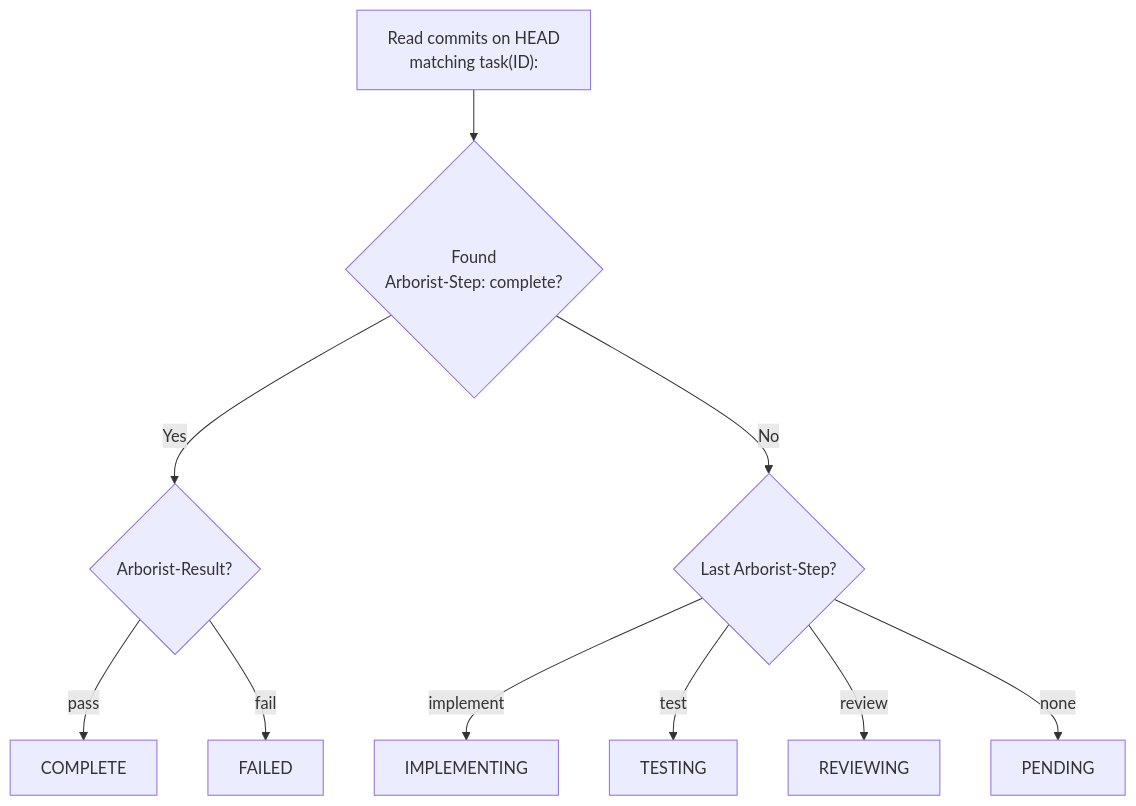
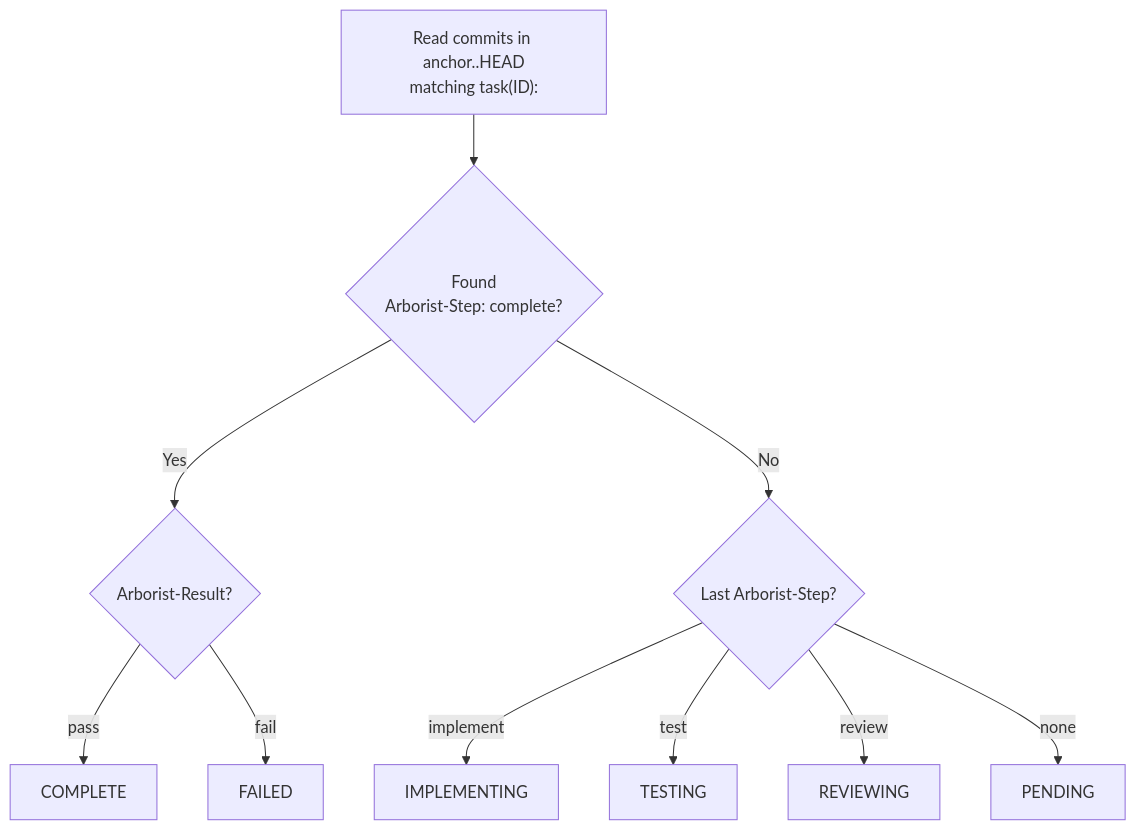
One commit to pennyworth-tech/agent-arborist changed the first of 2 diagrams in docs/manual/06-git-integration.md. Above: the diagram before and after it, drawn with Mermaid. The commit also changed other lines of this file and 3 other files, not shown here.

````diff
--- a/docs/manual/06-git-integration.md
+++ b/docs/manual/06-git-integration.md
@@ -52,12 +52,12 @@
 ```mermaid
 flowchart TD
-    A["Read commits on HEAD<br/>matching task(ID):"] --> B{Found<br/>Arborist-Step: complete?}
+    A["Read commits in anchor..HEAD<br/>matching task(ID):"] --> B{Found<br/>Arborist-Step: complete?}
     B -- Yes --> C{Arborist-Result?}
     C -- pass --> D["COMPLETE"]
     C -- fail --> E["FAILED"]
     B -- No --> F{Last Arborist-Step?}
     F -- implement --> G["IMPLEMENTING"]
     F -- test --> H["TESTING"]
     F -- review --> I["REVIEWING"]
     F -- none --> J["PENDING"]
 ```
````
